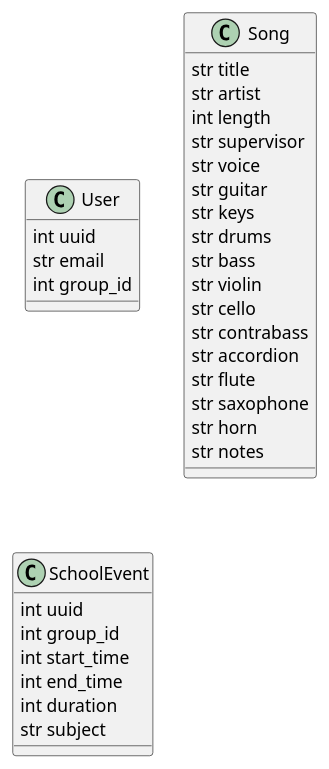
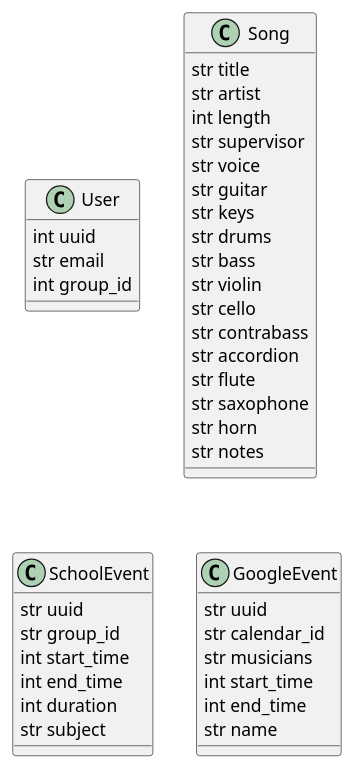
Before and after one commit to Tired-Biscuit/artebot: the diagram in diagram.wsd, drawn with PlantUML. The commit also changed 5 other files, not shown here.

```diff
--- a/diagram.wsd
+++ b/diagram.wsd
@@ -1,37 +1,45 @@
 @startuml Diagram
 
 'Needs the PlantUML extension to be seen
 
 class User
 User : int uuid
 User : str email
 User : int group_id
 
 class Song
 Song : str title
 Song : str artist
 Song : int length
 Song : str supervisor
 Song : str voice
 Song : str guitar
 Song : str keys
 Song : str drums
 Song : str bass
 Song : str violin
 Song : str cello
 Song : str contrabass
 Song : str accordion
 Song : str flute
 Song : str saxophone
 Song : str horn
 Song : str notes
 
 class SchoolEvent
-SchoolEvent : int uuid
-SchoolEvent : int group_id
+SchoolEvent : str uuid
+SchoolEvent : str group_id
 SchoolEvent : int start_time
 SchoolEvent : int end_time
 SchoolEvent : int duration
 SchoolEvent : str subject
 
+class GoogleEvent
+GoogleEvent : str uuid
+GoogleEvent : str calendar_id
+GoogleEvent : str musicians
+GoogleEvent : int start_time
+GoogleEvent : int end_time
+GoogleEvent : str name
+
 @enduml
```
